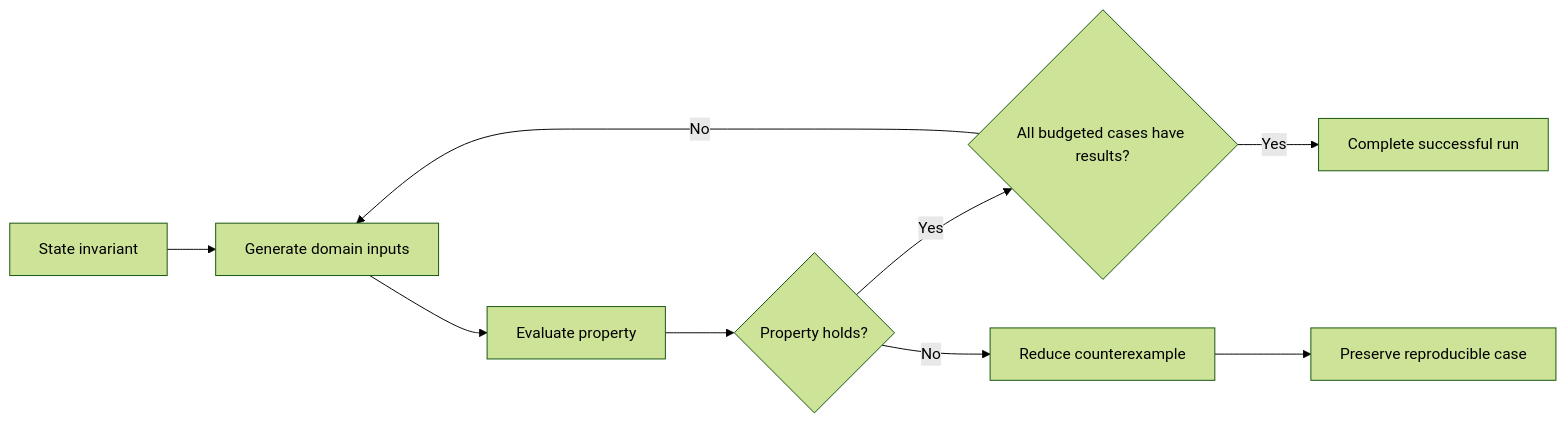
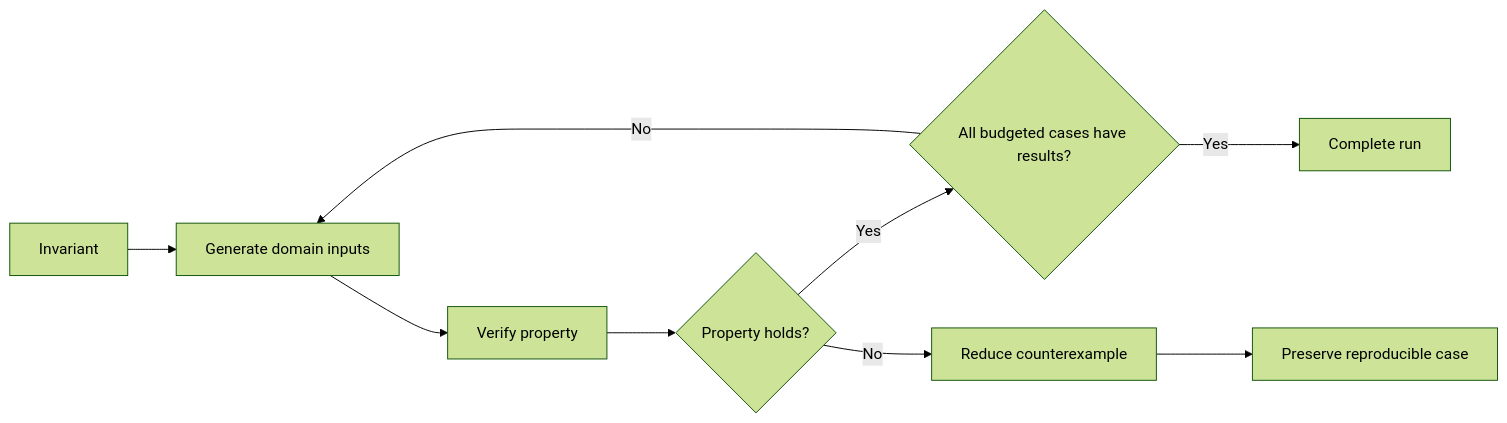
Before and after one commit to HomericIntelligence/Athena: the diagram in docs/principles/details/p025-property-based-testing-for-invariants.md, drawn with Mermaid (forest theme). The commit also changed other lines of this file and 91 other files, not shown here.

````diff
--- a/docs/principles/details/p025-property-based-testing-for-invariants.md
+++ b/docs/principles/details/p025-property-based-testing-for-invariants.md
@@ -37,11 +37,11 @@
 ```mermaid
 flowchart LR
-    Property["State invariant"] --> Generator["Generate domain inputs"]
-    Generator --> Evaluate["Evaluate property"]
+    Property["Invariant"] --> Generator["Generate domain inputs"]
+    Generator --> Evaluate["Verify property"]
     Evaluate --> Result{"Property holds?"}
     Result -->|Yes| Budget{"All budgeted cases have results?"}
     Budget -->|No| Generator
-    Budget -->|Yes| Success["Complete successful run"]
+    Budget -->|Yes| Success["Complete run"]
     Result -->|No| Reduce["Reduce counterexample"]
     Reduce --> Preserve["Preserve reproducible case"]
 ```
````
